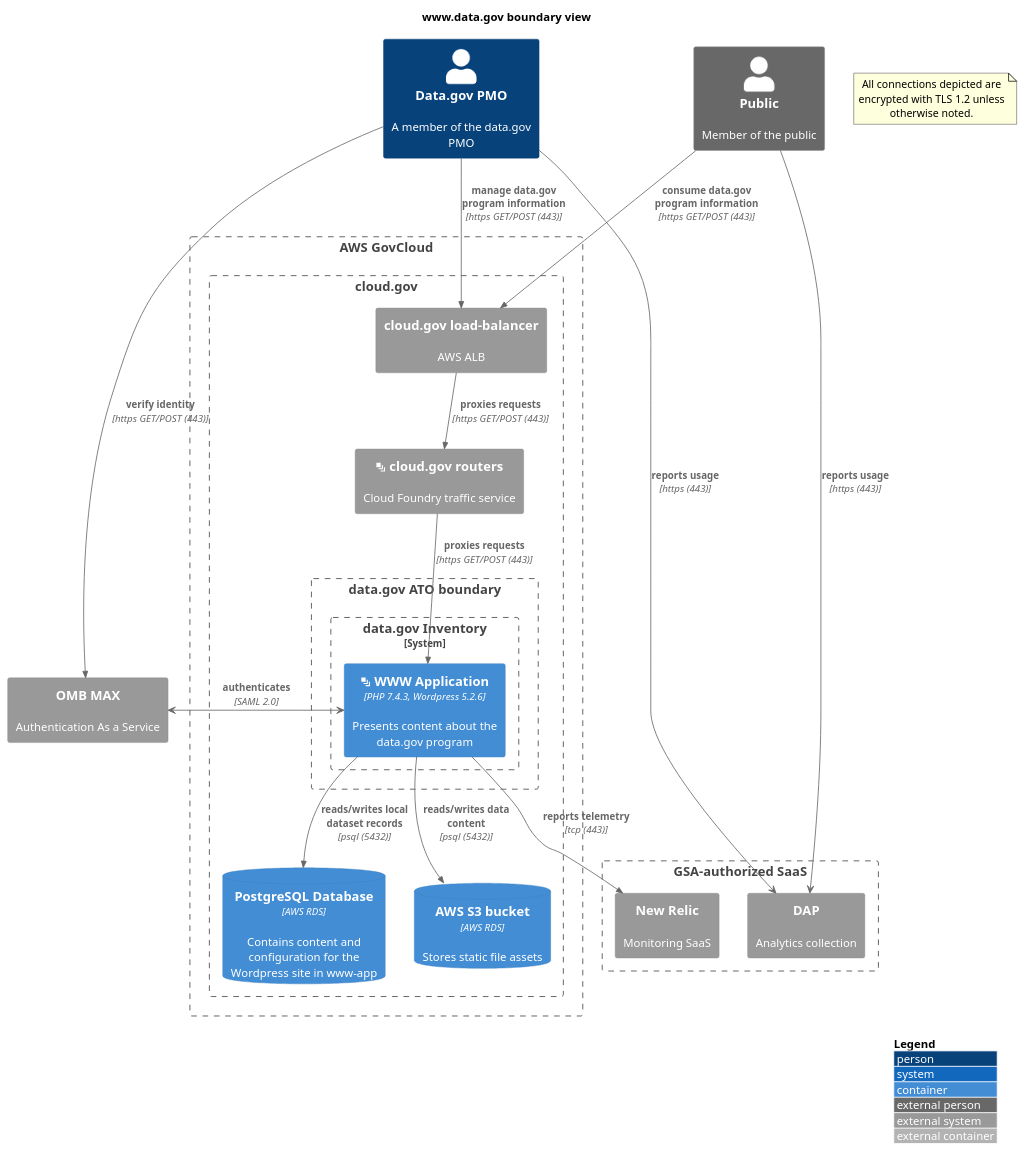
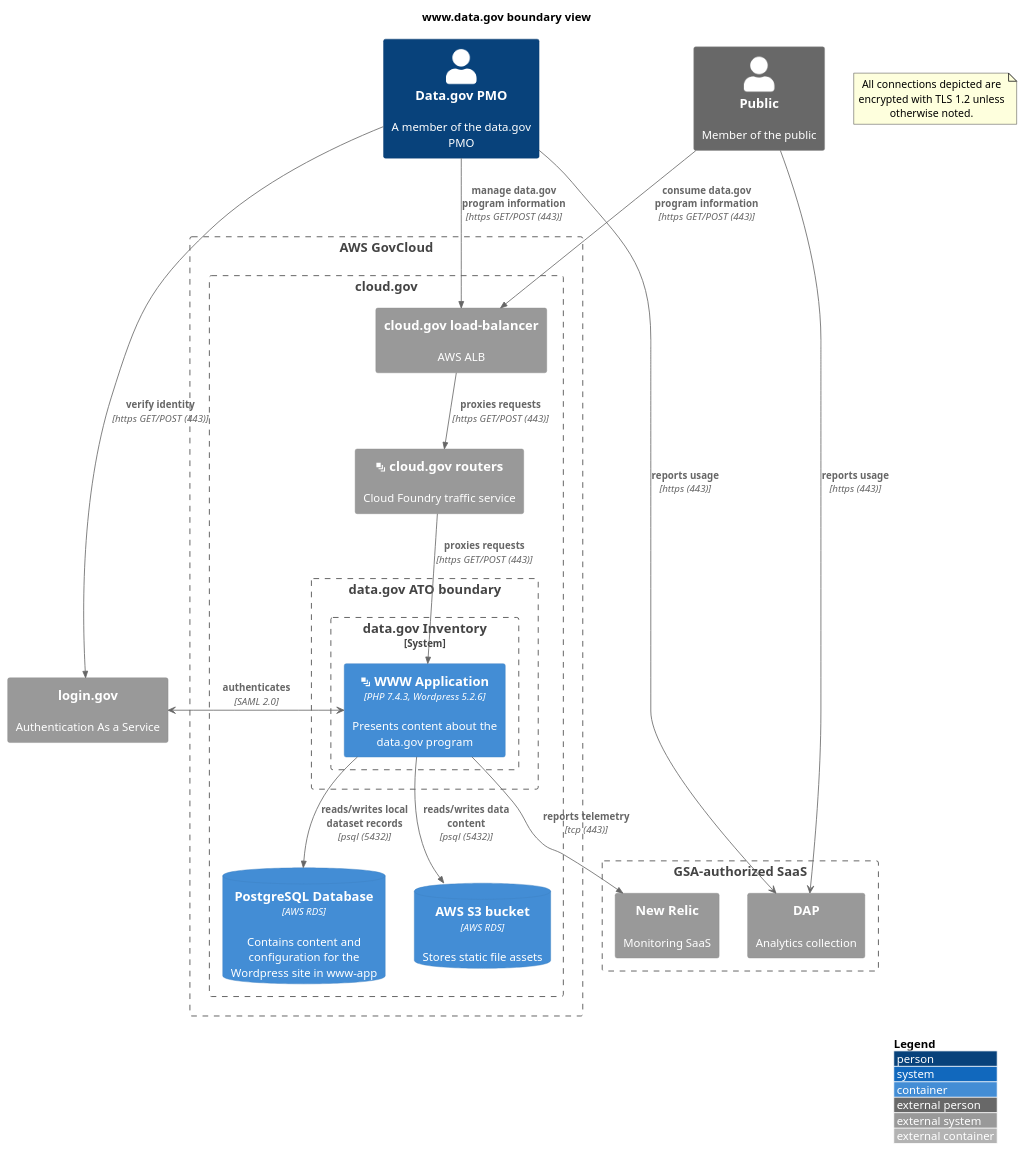
The diagram in apps/wordpress.boundary.md (GSA/datagov-compliance), drawn with PlantUML before and after one commit. The commit also changed 3 other files, not shown here.

Commit message:
Replace OMB Max with login.gov

````diff
--- a/apps/wordpress.boundary.md
+++ b/apps/wordpress.boundary.md
@@ -4,44 +4,44 @@
 ```plantuml
 @startuml
 !include https://raw.githubusercontent.com/plantuml-stdlib/C4-PlantUML/master/C4_Container.puml
 ' uncomment the following line and comment the first to use locally
 ' !include C4_Container.puml
 LAYOUT_WITH_LEGEND()
 title www.data.gov boundary view
 Person(personnel, "Data.gov PMO", "A member of the data.gov PMO")
 Person_Ext(public, "Public", "Member of the public")
 note as EncryptionNote
 All connections depicted are encrypted with TLS 1.2 unless otherwise noted.
 end note
 Boundary(aws, "AWS GovCloud") {
     Boundary(cloudgov, "cloud.gov") {
     	System_Ext(aws_alb, "cloud.gov load-balancer", "AWS ALB")
         System_Ext(cloudgov_router, "<&layers> cloud.gov routers", "Cloud Foundry traffic service")
         Boundary(atob, "data.gov ATO boundary") {
             System_Boundary(www, "data.gov Inventory") {
                 Container(www_app, "<&layers> WWW Application", "PHP 7.4.3, Wordpress 5.2.6", "Presents content about the data.gov program")
             }
         }
         ContainerDb(www_db, "PostgreSQL Database", "AWS RDS", "Contains content and configuration for the Wordpress site in www-app")
         ContainerDb(www_s3, "AWS S3 bucket", "AWS RDS", "Stores static file assets")
     }
 }
-System_Ext(OMB, "OMB MAX", "Authentication As a Service")
+System_Ext(login, "login.gov", "Authentication As a Service")
 Boundary(gsa_saas, "GSA-authorized SaaS") {
 	System_Ext(dap, "DAP", "Analytics collection")
 	System_Ext(newrelic, "New Relic", "Monitoring SaaS")
 }
 personnel -> dap : **reports usage** \n//[https (443)]//
 public -> dap : **reports usage** \n//[https (443)]//
 Rel(www_app, newrelic, "reports telemetry", "tcp (443)")
 Rel(personnel, aws_alb, "manage data.gov program information", "https GET/POST (443)")
 Rel(public, aws_alb, "consume data.gov program information", "https GET/POST (443)")
 Rel(aws_alb, cloudgov_router, "proxies requests", "https GET/POST (443)")
 Rel(cloudgov_router, www_app, "proxies requests", "https GET/POST (443)")
-www_app <-> OMB : **authenticates** \n//[SAML 2.0]//
-'Rel(www_app, OMB, "authenticates", "SAML 2.0")
-Rel(personnel, OMB, "verify identity", "https GET/POST (443)")
+www_app <-> login : **authenticates** \n//[SAML 2.0]//
+'Rel(www_app, login, "authenticates", "SAML 2.0")
+Rel(personnel, login, "verify identity", "https GET/POST (443)")
 Rel(www_app, www_db, "reads/writes local dataset records", "psql (5432)")
 Rel(www_app, www_s3, "reads/writes data content", "psql (5432)")
 @enduml
 ```
````
